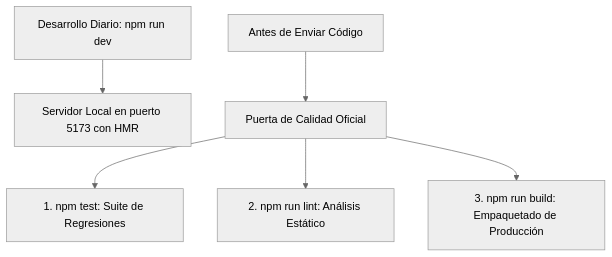
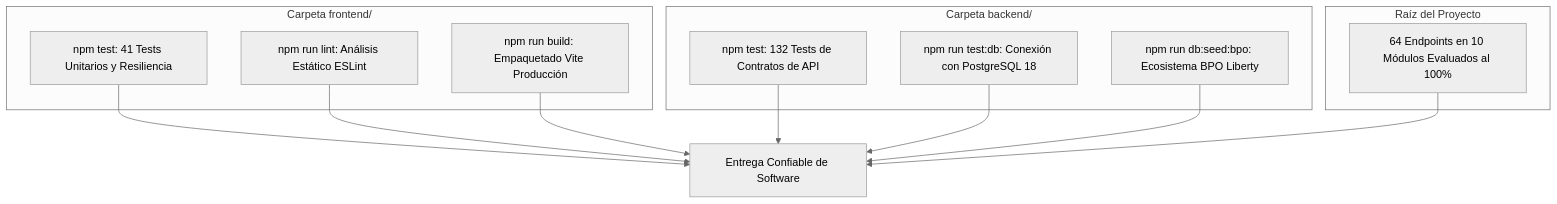
One commit to SODI1999/Pulso360 changed the diagram in docs/libro-pulso360/10_calidad_pruebas_y_herramientas.md. Above: the diagram before and after it, drawn with Mermaid (neutral theme). The commit also changed other lines of this file and 13 other files, not shown here.

Commit message:
docs(libro): actualizar los 13 capitulos del libro tecnico con arquitectura fullstack express postgresql y websockets

````diff
--- a/docs/libro-pulso360/10_calidad_pruebas_y_herramientas.md
+++ b/docs/libro-pulso360/10_calidad_pruebas_y_herramientas.md
@@ -21,8 +11,22 @@
 ```mermaid
 graph TD
-    A[Desarrollo Diario: npm run dev] --> B[Servidor Local en puerto 5173 con HMR]
-    C[Antes de Enviar Código] --> D[Puerta de Calidad Oficial]
-    D --> E1[1. npm test: Suite de Regresiones]
-    D --> E2[2. npm run lint: Análisis Estático]
-    D --> E3[3. npm run build: Empaquetado de Producción]
+    subgraph Frontend Quality Gate [Carpeta frontend/]
+        F1[npm test: 41 Tests Unitarios y Resiliencia]
+        F2[npm run lint: Análisis Estático ESLint]
+        F3[npm run build: Empaquetado Vite Producción]
+    end
+
+    subgraph Backend Quality Gate [Carpeta backend/]
+        B1[npm test: 132 Tests de Contratos de API]
+        B2[npm run test:db: Conexión con PostgreSQL 18]
+        B3[npm run db:seed:bpo: Ecosistema BPO Liberty]
+    end
+
+    subgraph Postman Desktop Suite [Raíz del Proyecto]
+        P1[64 Endpoints en 10 Módulos Evaluados al 100%]
+    end
+
+    F1 & F2 & F3 --> OK[Entrega Confiable de Software]
+    B1 & B2 & B3 --> OK
+    P1 --> OK
 ```
````
